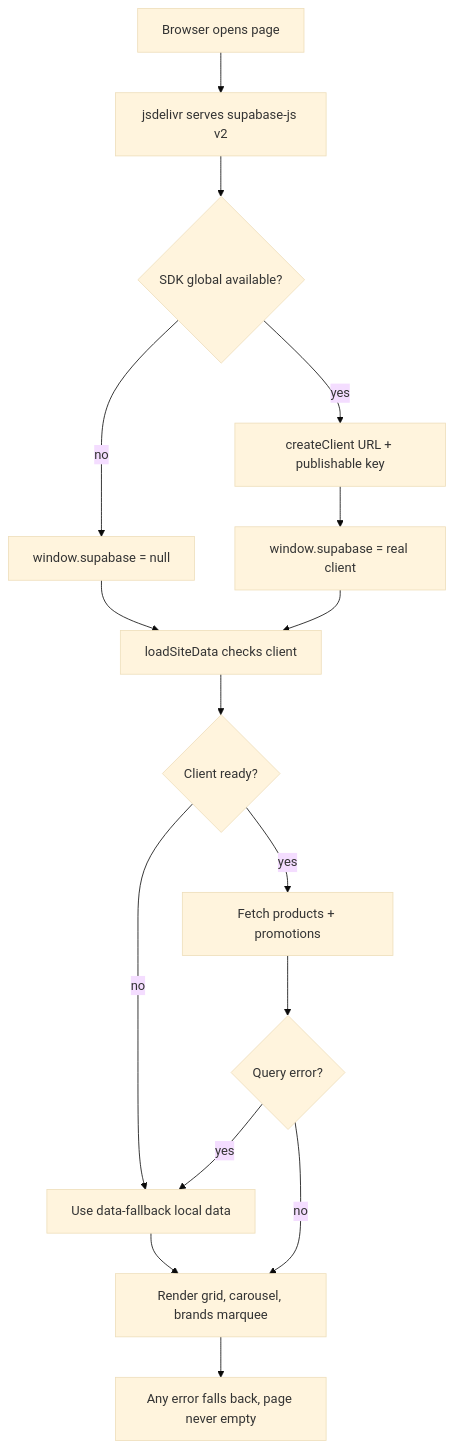
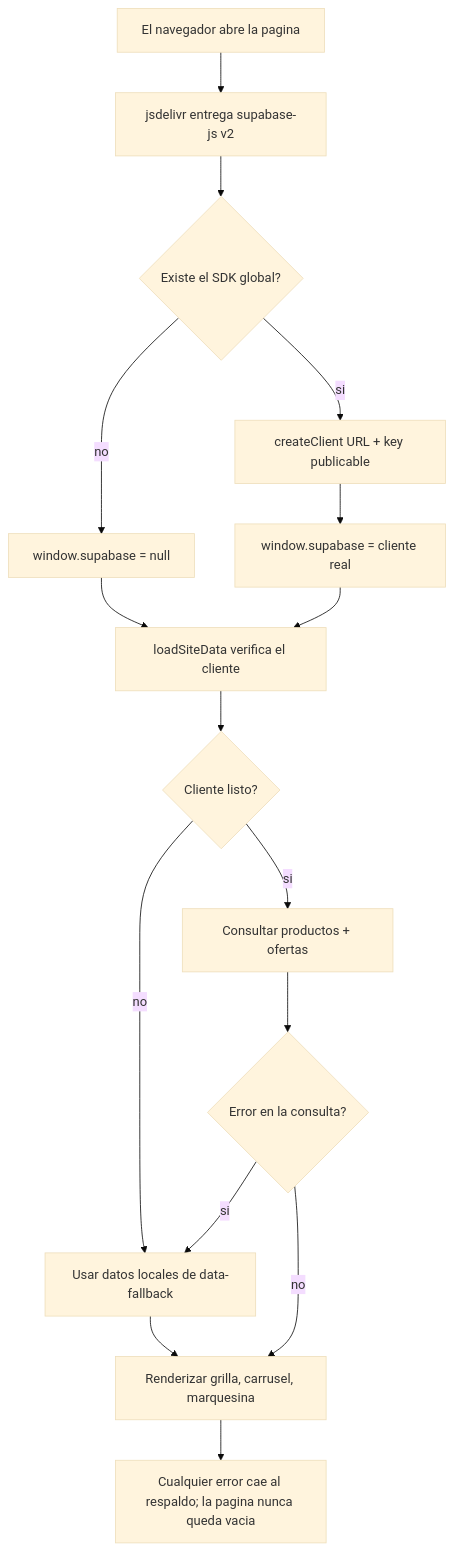
One commit to lacp130688-cpu/lasolutions-website changed the first of 7 diagrams in docs/diagrams.md. Above: the diagram before and after it, drawn with Mermaid (base theme). The commit also changed other lines of this file, not shown here.

First line of the commit message:
docs: diagramas de arquitectura en espanol

````diff
--- a/docs/diagrams.md
+++ b/docs/diagrams.md
@@ -51,18 +51,18 @@
 ```mermaid
 flowchart TD
-  A[Browser opens page] --> B[jsdelivr serves supabase-js v2]
-  B --> C{SDK global available?}
+  A[El navegador abre la pagina] --> B[jsdelivr entrega supabase-js v2]
+  B --> C{Existe el SDK global?}
   C -- no --> D[window.supabase = null]
-  C -- yes --> E[createClient URL + publishable key]
-  E --> F[window.supabase = real client]
-  D --> G[loadSiteData checks client]
+  C -- si --> E[createClient URL + key publicable]
+  E --> F[window.supabase = cliente real]
+  D --> G[loadSiteData verifica el cliente]
   F --> G
-  G --> H{Client ready?}
-  H -- no --> I[Use data-fallback local data]
-  H -- yes --> J[Fetch products + promotions]
-  J --> K{Query error?}
-  K -- yes --> I
-  K -- no --> L[Render grid, carousel, brands marquee]
+  G --> H{Cliente listo?}
+  H -- no --> I[Usar datos locales de data-fallback]
+  H -- si --> J[Consultar productos + ofertas]
+  J --> K{Error en la consulta?}
+  K -- si --> I
+  K -- no --> L[Renderizar grilla, carrusel, marquesina]
   I --> L
-  L --> M[Any error falls back, page never empty]
+  L --> M[Cualquier error cae al respaldo; la pagina nunca queda vacia]
 ```
````
